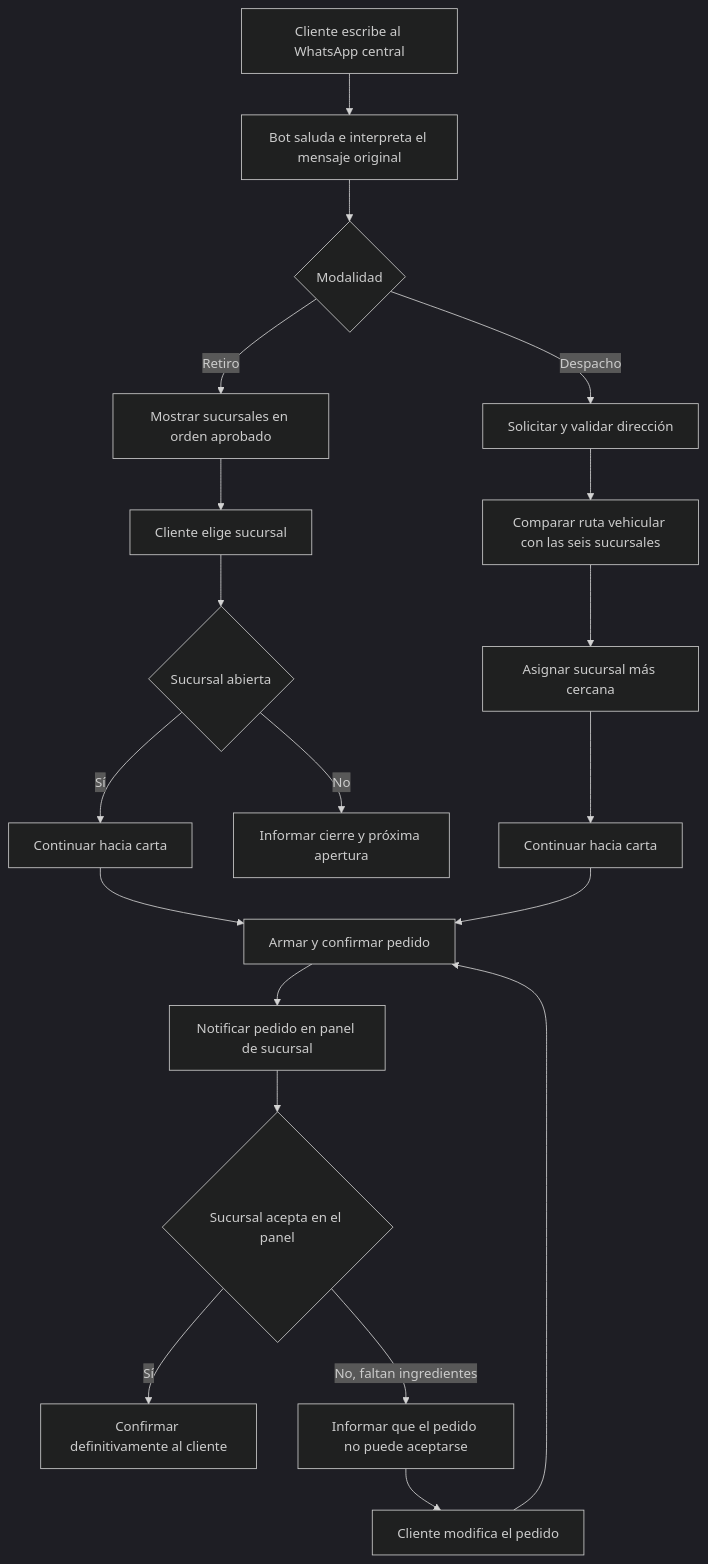
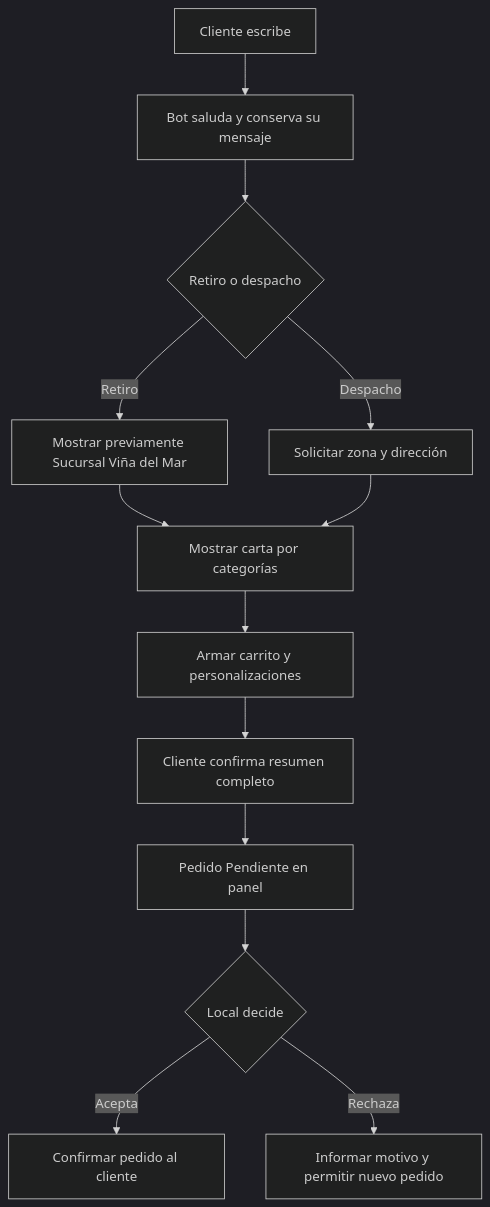
One commit to 304bxnjvv/jirensushi-whatsapp-bot changed the diagram in docs/user-stories/HU-03-contexto-transversal-del-proyecto.md. Above: the diagram before and after it, drawn with Mermaid (dark theme). The commit also changed other lines of this file and 5 other files, not shown here.

````diff
--- a/docs/user-stories/HU-03-contexto-transversal-del-proyecto.md
+++ b/docs/user-stories/HU-03-contexto-transversal-del-proyecto.md
@@ -45,22 +24,15 @@
 ```mermaid
 flowchart TD
-    A[Cliente escribe al WhatsApp central] --> B[Bot saluda e interpreta el mensaje original]
-    B --> C{Modalidad}
-    C -->|Retiro| D[Mostrar sucursales en orden aprobado]
-    C -->|Despacho| E[Solicitar y validar dirección]
-    D --> F[Cliente elige sucursal]
-    F --> G{Sucursal abierta}
-    G -->|Sí| H[Continuar hacia carta]
-    G -->|No| I[Informar cierre y próxima apertura]
-    E --> J[Comparar ruta vehicular con las seis sucursales]
-    J --> K[Asignar sucursal más cercana]
-    K --> L[Continuar hacia carta]
-    H --> M[Armar y confirmar pedido]
-    L --> M
-    M --> N[Notificar pedido en panel de sucursal]
-    N --> O{Sucursal acepta en el panel}
-    O -->|Sí| P[Confirmar definitivamente al cliente]
-    O -->|No, faltan ingredientes| Q[Informar que el pedido no puede aceptarse]
-    Q --> R[Cliente modifica el pedido]
-    R --> M
+    A[Cliente escribe] --> B[Bot saluda y conserva su mensaje]
+    B --> C{Retiro o despacho}
+    C -->|Retiro| D[Mostrar previamente Sucursal Viña del Mar]
+    C -->|Despacho| E[Solicitar zona y dirección]
+    D --> F[Mostrar carta por categorías]
+    E --> F
+    F --> G[Armar carrito y personalizaciones]
+    G --> H[Cliente confirma resumen completo]
+    H --> I[Pedido Pendiente en panel]
+    I --> J{Local decide}
+    J -->|Acepta| K[Confirmar pedido al cliente]
+    J -->|Rechaza| L[Informar motivo y permitir nuevo pedido]
 ```
````
